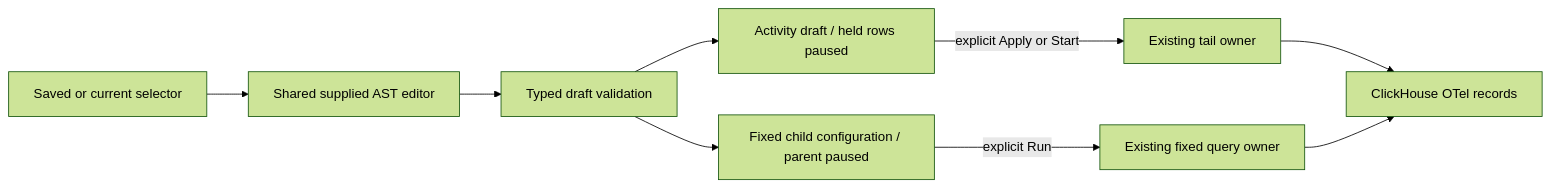
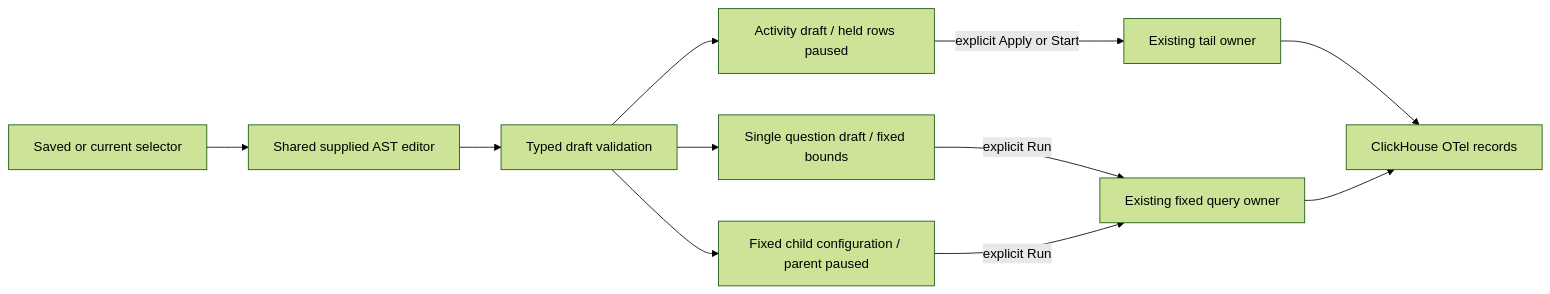
The diagram in docs/FILTER_EDITOR.md (casselc/goo), drawn with Mermaid (forest theme) before and after one commit. The commit also changed other lines of this file and 40 other files, not shown here.

Commit message:
Unify single-question filtering with the shared staged editor

````diff
--- a/docs/FILTER_EDITOR.md
+++ b/docs/FILTER_EDITOR.md
@@ -30,11 +31,13 @@
 ```mermaid
 flowchart LR
   Config[Saved or current selector] --> Editor[Shared supplied AST editor]
   Editor --> Validate[Typed draft validation]
   Validate --> Activity[Activity draft / held rows paused]
+  Validate --> Single[Single question draft / fixed bounds]
+  Single -->|explicit Run| Query
   Validate --> Child[Fixed child configuration / parent paused]
   Activity -->|explicit Apply or Start| Tail[Existing tail owner]
   Child -->|explicit Run| Query[Existing fixed query owner]
   Tail --> Source[ClickHouse OTel records]
   Query --> Source
 ```
````
